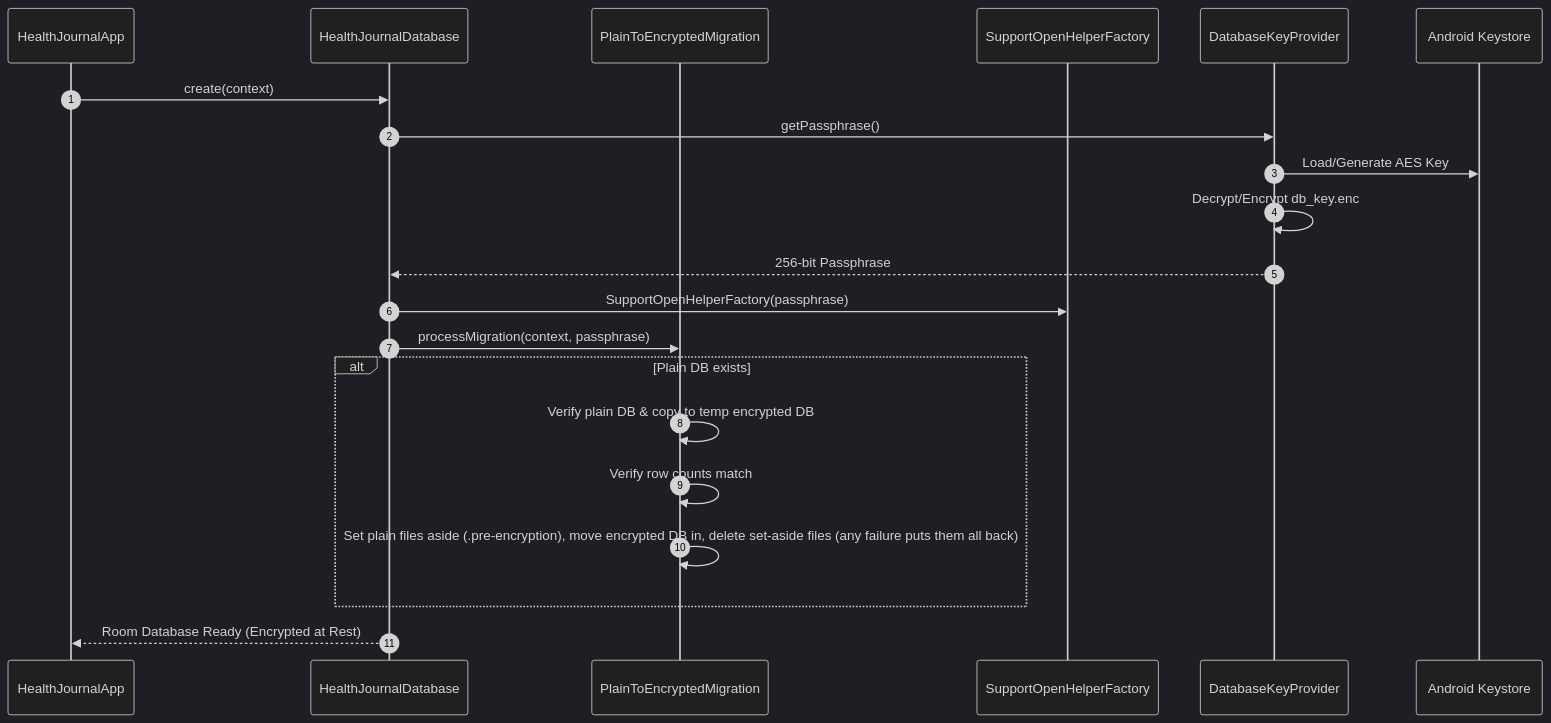
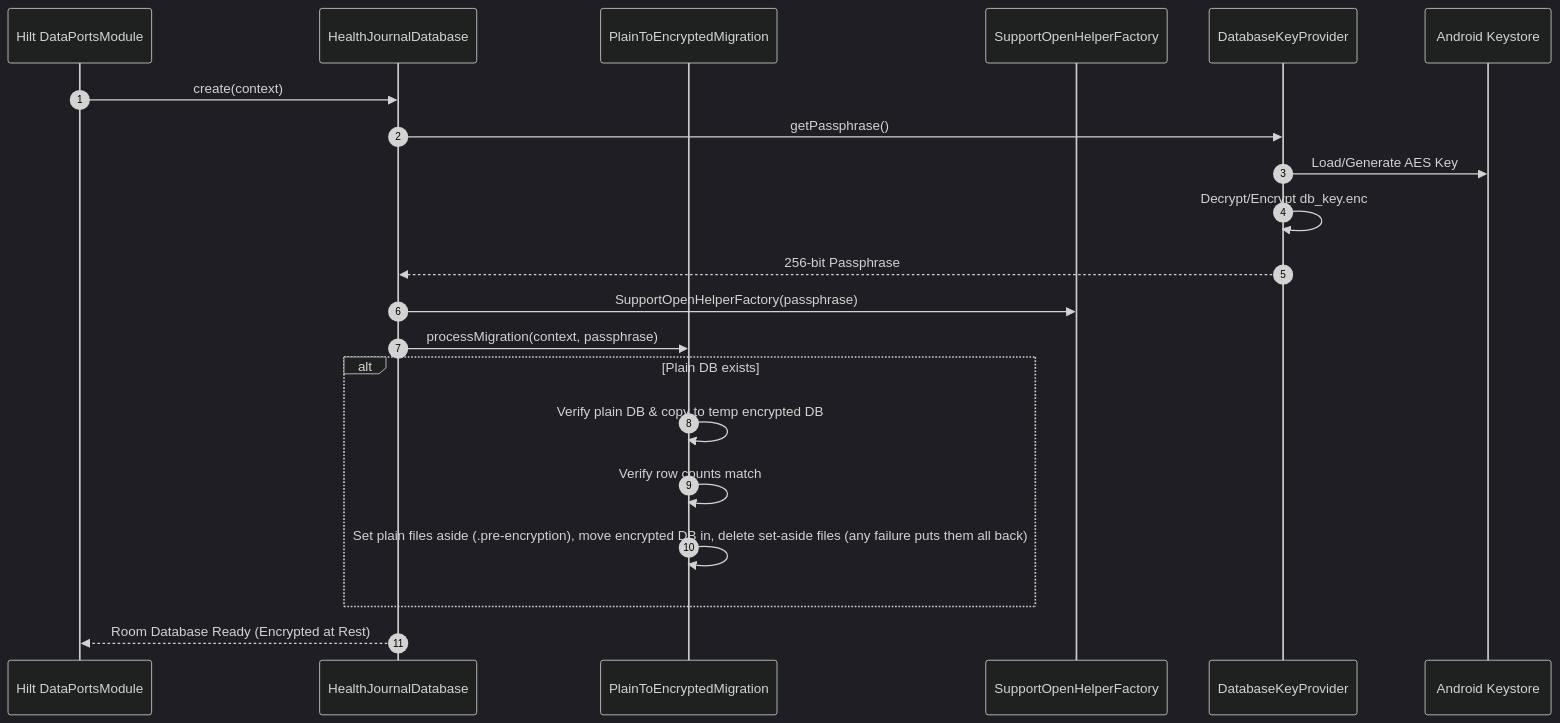
One commit to mannetje/health_journal changed the second of 4 diagrams in docs/dev/privacy-and-security.md. Above: the diagram before and after it, drawn with Mermaid (dark theme). The commit also changed 15 other files, not shown here.

Commit message:
docs: describe Hilt in the architecture, C4, conventions and how-to docs, add a dependency injection page, accept ADR 0035 (adopt-hilt-dependency-injection 3.4)

````diff
--- a/docs/dev/privacy-and-security.md
+++ b/docs/dev/privacy-and-security.md
@@ -109,24 +109,24 @@
 ```mermaid
 sequenceDiagram
     autonumber
-    participant App as HealthJournalApp
+    participant App as Hilt DataPortsModule
     participant DB as HealthJournalDatabase
     participant Migrator as PlainToEncryptedMigration
     participant Helper as SupportOpenHelperFactory
     participant KeyProv as DatabaseKeyProvider
     participant Keystore as Android Keystore
 
     App->>DB: create(context)
     DB->>KeyProv: getPassphrase()
     KeyProv->>Keystore: Load/Generate AES Key
     KeyProv->>KeyProv: Decrypt/Encrypt db_key.enc
     KeyProv-->>DB: 256-bit Passphrase
     DB->>Helper: SupportOpenHelperFactory(passphrase)
     DB->>Migrator: processMigration(context, passphrase)
     alt Plain DB exists
         Migrator->>Migrator: Verify plain DB & copy to temp encrypted DB
         Migrator->>Migrator: Verify row counts match
         Migrator->>Migrator: Set plain files aside (.pre-encryption), move encrypted DB in, delete set-aside files (any failure puts them all back)
     end
     DB-->>App: Room Database Ready (Encrypted at Rest)
 ```
````
